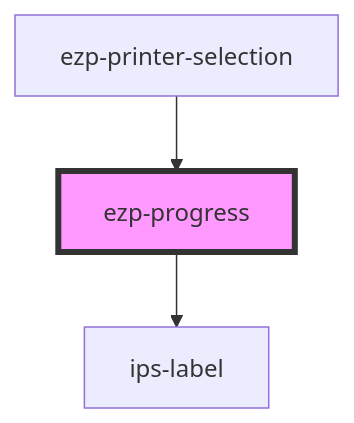
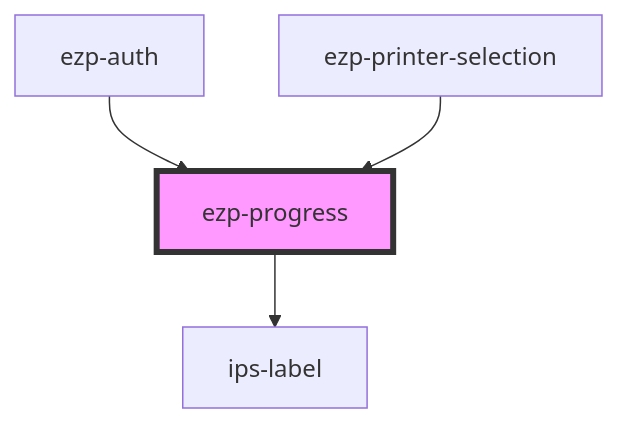
The diagram in src/components/ezp-progress/readme.md (ezeep/ezeep-js), drawn with Mermaid before and after one commit. The commit also changed other lines of this file and 7 other files, not shown here.

````diff
--- a/src/components/ezp-progress/readme.md
+++ b/src/components/ezp-progress/readme.md
@@ -34,6 +35,7 @@
 ```mermaid
 graph TD;
   ezp-progress --> ips-label
+  ezp-auth --> ezp-progress
   ezp-printer-selection --> ezp-progress
   style ezp-progress fill:#f9f,stroke:#333,stroke-width:4px
 ```
````
